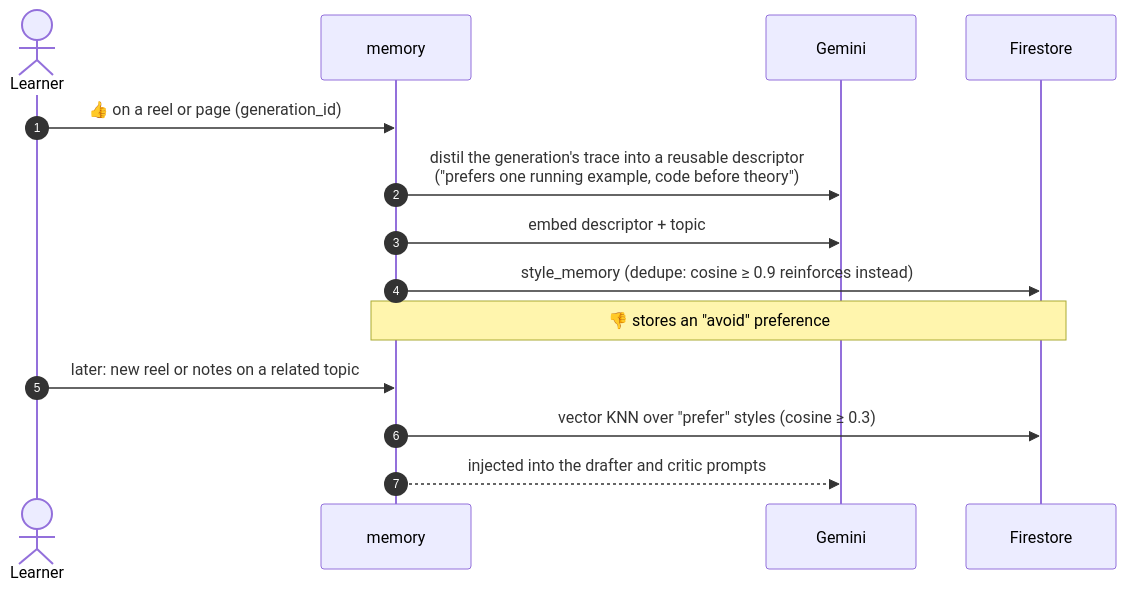
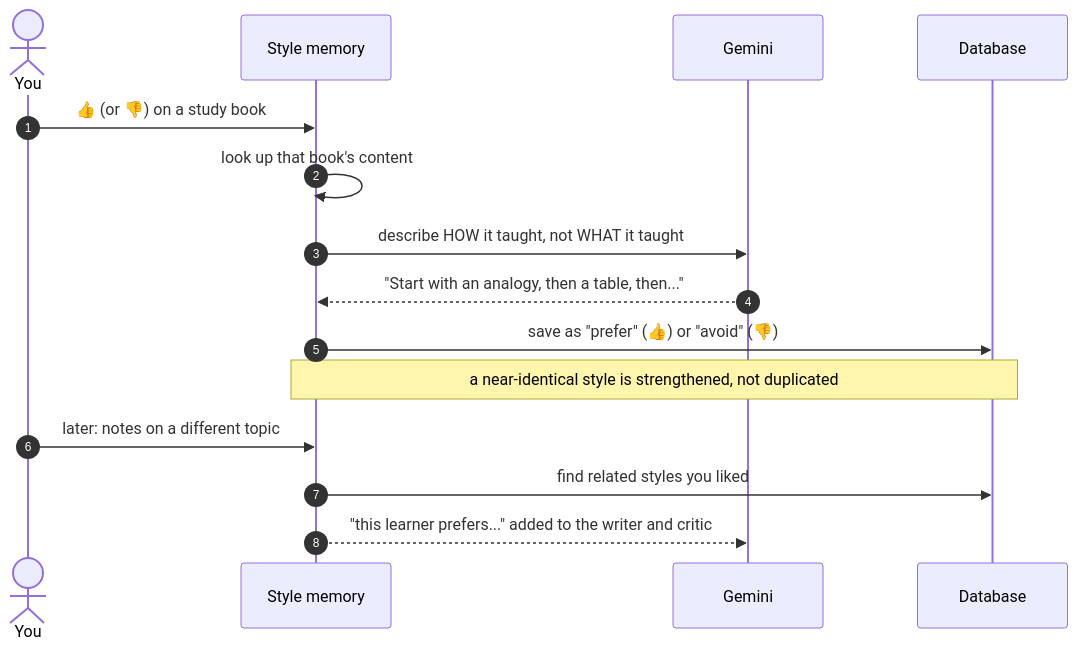
Diagram 15 of 19 in docs/DOCUMENTATION.md (Chaitanya674/Recal-AI), drawn with Mermaid before and after one commit. The commit also changed other lines of this file, not shown here.

````diff
--- a/docs/DOCUMENTATION.md
+++ b/docs/DOCUMENTATION.md
@@ -607,17 +669,18 @@
 ```mermaid
 sequenceDiagram
     autonumber
-    actor L as Learner
-    participant M as memory
-    participant G as Gemini
-    participant FS as Firestore
+    actor You
+    participant Mem as Style memory
+    participant Gem as Gemini
+    participant DB as Database
 
-    L->>M: 👍 on a reel or page (generation_id)
-    M->>G: distil the generation's trace into a reusable descriptor<br/>("prefers one running example, code before theory")
-    M->>G: embed descriptor + topic
-    M->>FS: style_memory (dedupe: cosine ≥ 0.9 reinforces instead)
-    Note over M,FS: 👎 stores an "avoid" preference
-    L->>M: later: new reel or notes on a related topic
-    M->>FS: vector KNN over "prefer" styles (cosine ≥ 0.3)
-    M-->>G: injected into the drafter and critic prompts
+    You->>Mem: 👍 (or 👎) on a study book
+    Mem->>Mem: look up that book's content
+    Mem->>Gem: describe HOW it taught, not WHAT it taught
+    Gem-->>Mem: "Start with an analogy, then a table, then..."
+    Mem->>DB: save as "prefer" (👍) or "avoid" (👎)
+    Note over Mem,DB: a near-identical style is strengthened, not duplicated
+    You->>Mem: later: notes on a different topic
+    Mem->>DB: find related styles you liked
+    Mem-->>Gem: "this learner prefers..." added to the writer and critic
 ```
````
